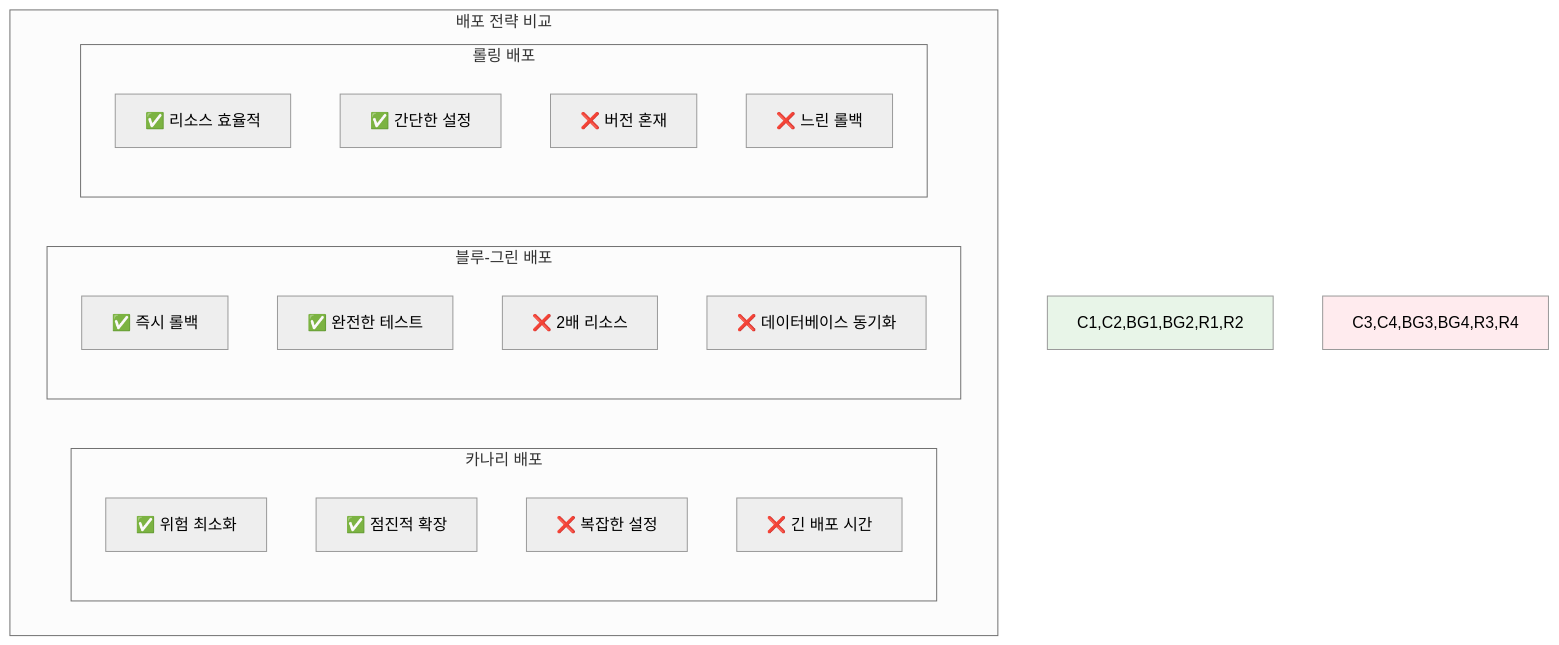
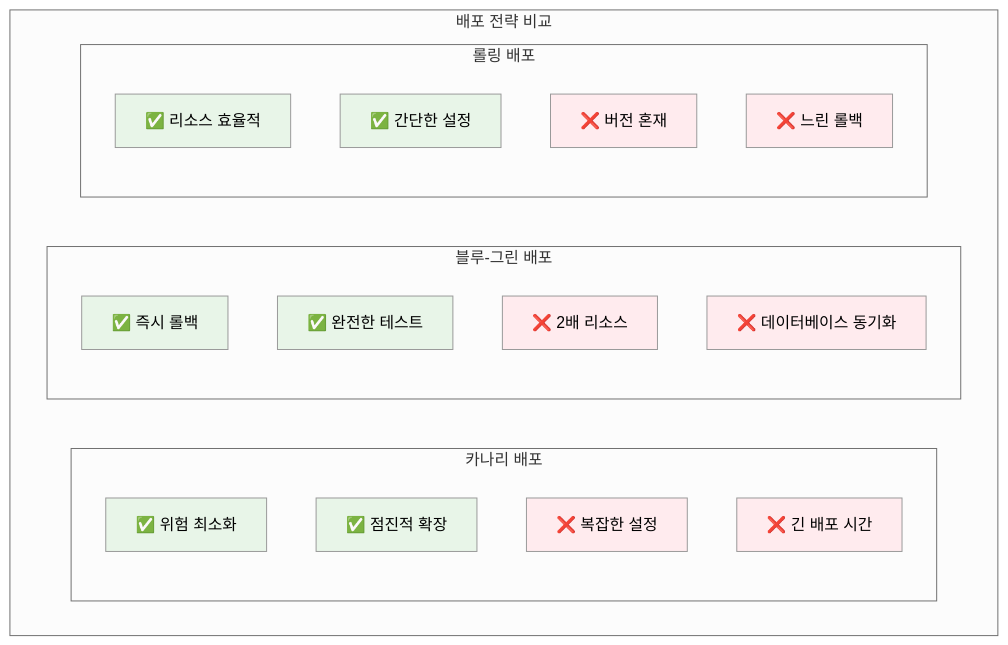
The ninth of 10 diagrams in theory/week_04/day4/session_2.md (niceguy61/kdt_devops_lecture_2025), drawn with Mermaid (neutral theme) before and after one commit. The commit also changed other lines of this file and 2 other files, not shown here.

Commit message:
mermaid style change

````diff
--- a/theory/week_04/day4/session_2.md
+++ b/theory/week_04/day4/session_2.md
@@ -411,28 +423,38 @@
 ```mermaid
 graph TB
     subgraph "배포 전략 비교"
         subgraph "카나리 배포"
             C1[✅ 위험 최소화]
             C2[✅ 점진적 확장]
             C3[❌ 복잡한 설정]
             C4[❌ 긴 배포 시간]
         end
         
         subgraph "블루-그린 배포"
             BG1[✅ 즉시 롤백]
             BG2[✅ 완전한 테스트]
             BG3[❌ 2배 리소스]
             BG4[❌ 데이터베이스 동기화]
         end
         
         subgraph "롤링 배포"
             R1[✅ 리소스 효율적]
             R2[✅ 간단한 설정]
             R3[❌ 버전 혼재]
             R4[❌ 느린 롤백]
         end
     end
     
-    style C1,C2,BG1,BG2,R1,R2 fill:#e8f5e8
-    style C3,C4,BG3,BG4,R3,R4 fill:#ffebee
+    style C1 fill:#e8f5e8
+    style C2 fill:#e8f5e8
+    style BG1 fill:#e8f5e8
+    style BG2 fill:#e8f5e8
+    style R1 fill:#e8f5e8
+    style R2 fill:#e8f5e8
+    style C3 fill:#ffebee
+    style C4 fill:#ffebee
+    style BG3 fill:#ffebee
+    style BG4 fill:#ffebee
+    style R3 fill:#ffebee
+    style R4 fill:#ffebee
 ```
````
